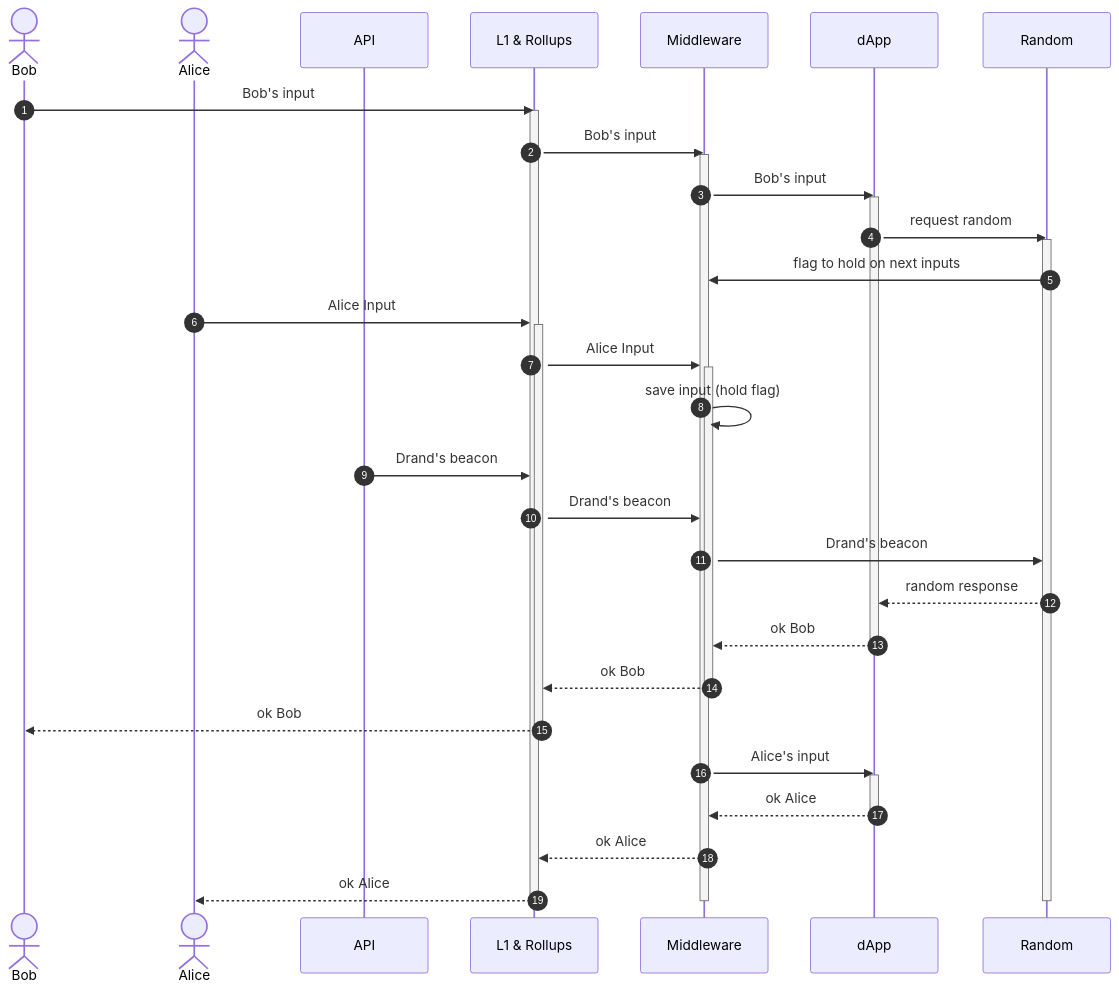
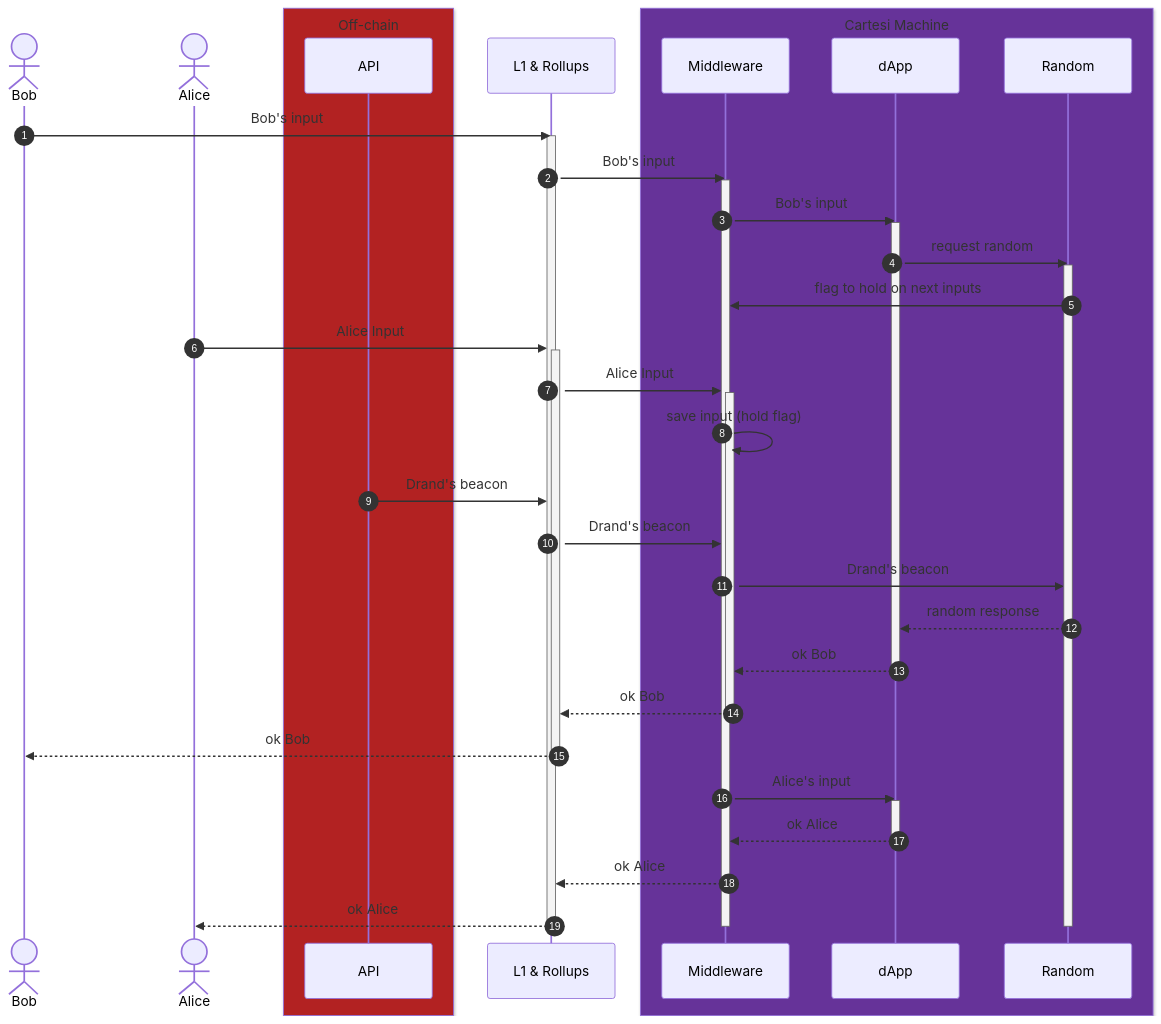
One commit to Calindra/cartesi-drand changed the diagram in README.md. Above: the diagram before and after it, drawn with Mermaid.

Commit message:
docs: add group

````diff
--- a/README.md
+++ b/README.md
@@ -3,45 +3,51 @@
 ```mermaid
 sequenceDiagram
     autonumber
     actor Bob
     actor Alice
+
+    box firebrick Off-chain
     participant API
+    end
     participant L1 & Rollups
+
+    box rebeccapurple Cartesi Machine
     participant Middleware
     participant dApp
     participant Random
+    end
 
     Bob->>L1 & Rollups: Bob's input
     activate L1 & Rollups
     L1 & Rollups->>Middleware: Bob's input
     activate Middleware
     Middleware->>dApp: Bob's input
     activate dApp
     dApp->>Random: request random
     activate Random
     Random->>Middleware: flag to hold on next inputs
     Alice->>L1 & Rollups: Alice Input
     activate L1 & Rollups
     L1 & Rollups->>Middleware: Alice Input
     activate Middleware
     Middleware ->> Middleware: save input (hold flag)
     API->>L1 & Rollups: Drand's beacon
     L1 & Rollups->>Middleware: Drand's beacon
     Middleware->>Random: Drand's beacon
     Random-->>dApp: random response
     dApp-->>Middleware: ok Bob
     deactivate dApp
     Middleware-->>L1 & Rollups: ok Bob
     deactivate Middleware
     L1 & Rollups-->>Bob: ok Bob
     deactivate L1 & Rollups
     Middleware->>dApp: Alice's input
     activate dApp
     dApp-->>Middleware: ok Alice
     deactivate dApp
     Middleware-->>L1 & Rollups: ok Alice
     L1 & Rollups-->>Alice: ok Alice
     deactivate Random
     deactivate Middleware
     deactivate L1 & Rollups
 ```
````
